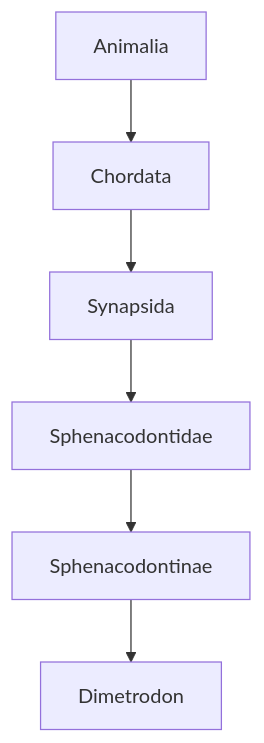
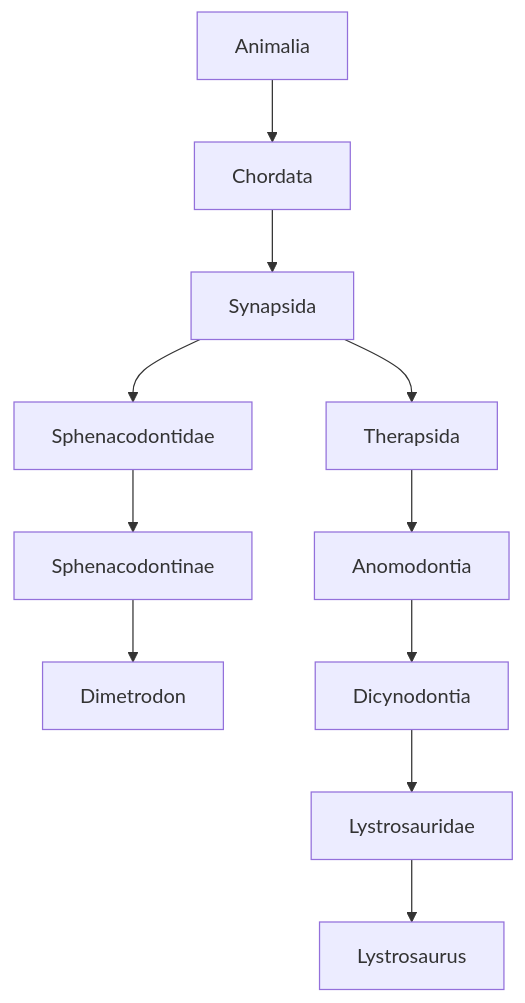
One commit to jackdixonryan/JWE2-Taxonomy changed the diagram in readme.md. Above: the diagram before and after it, drawn with Mermaid.

Commit message:
Lystrosaurus

````diff
--- a/readme.md
+++ b/readme.md
@@ -3,10 +3,15 @@
 ```mermaid
 graph TD;
 
 Animalia-->Chordata
 Chordata-->Synapsida
 Synapsida-->Sphenacodontidae
 Sphenacodontidae-->Sphenacodontinae
 Sphenacodontinae-->Dimetrodon
 
+Synapsida-->Therapsida
+Therapsida-->Anomodontia
+Anomodontia-->Dicynodontia
+Dicynodontia-->Lystrosauridae
+Lystrosauridae-->Lystrosaurus
 ```
````
